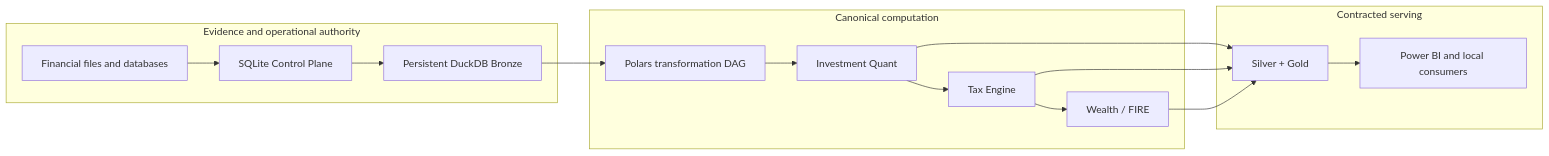
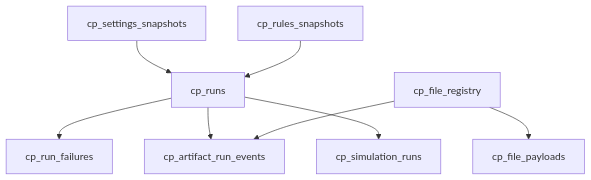
Before and after one commit to tks18/personal-finance-etl: the third of 20 diagrams in README.md, drawn with Mermaid. The commit also changed other lines of this file, not shown here.

````diff
--- a/README.md
+++ b/README.md
@@ -176,19 +137,10 @@
 ```mermaid
-flowchart LR
-    subgraph Evidence["Evidence and operational authority"]
-        F["Financial files and databases"] --> CP["SQLite Control Plane"]
-        CP --> B["Persistent DuckDB Bronze"]
-    end
-    subgraph Compute["Canonical computation"]
-        B --> P["Polars transformation DAG"]
-        P --> I["Investment Quant"]
-        I --> T["Tax Engine"]
-        T --> W["Wealth / FIRE"]
-    end
-    subgraph Serve["Contracted serving"]
-        I --> S["Silver + Gold"]
-        T --> S
-        W --> S
-        S --> BI["Power BI and local consumers"]
-    end
+flowchart TB
+    RUN["cp_runs"] --> FAIL["cp_run_failures"]
+    RUN --> EVT["cp_artifact_run_events"]
+    RUN --> SIM["cp_simulation_runs"]
+    SET["cp_settings_snapshots"] --> RUN
+    RULE["cp_rules_snapshots"] --> RUN
+    REG["cp_file_registry"] --> PAY["cp_file_payloads"]
+    REG --> EVT
 ```
````
